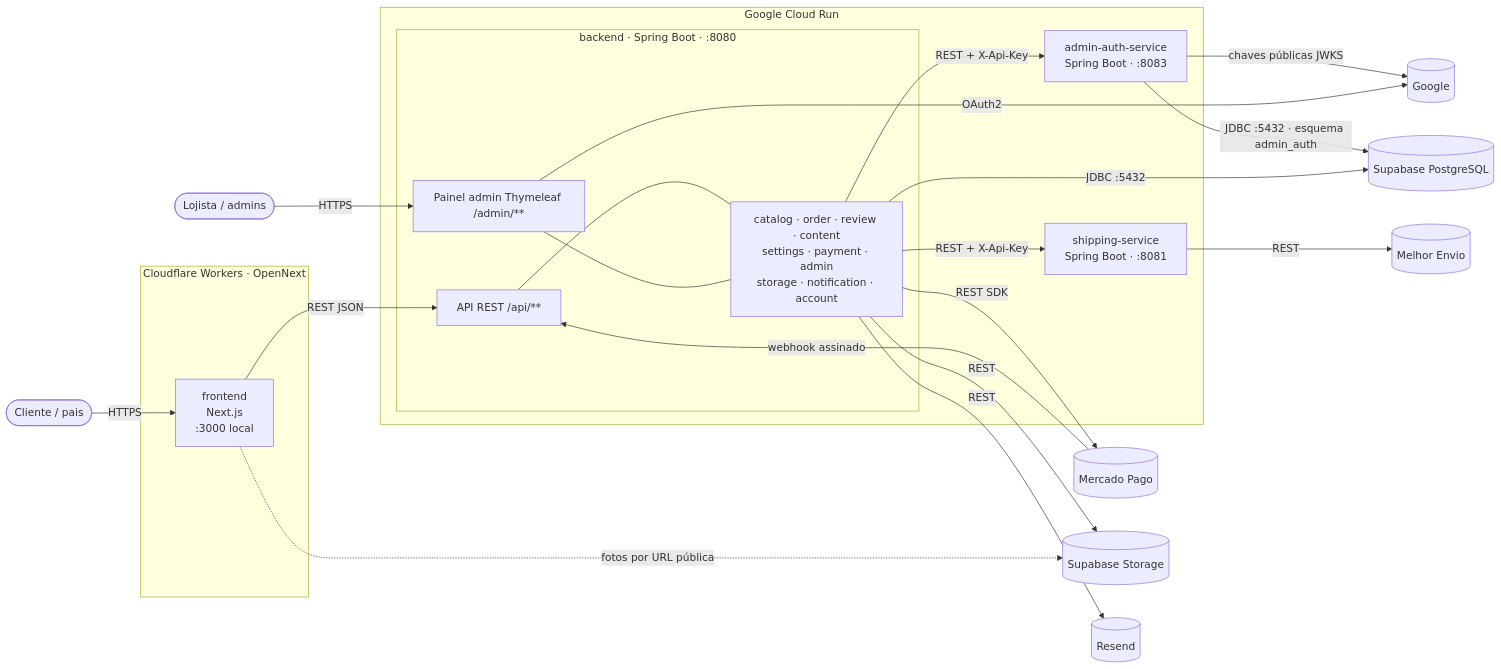
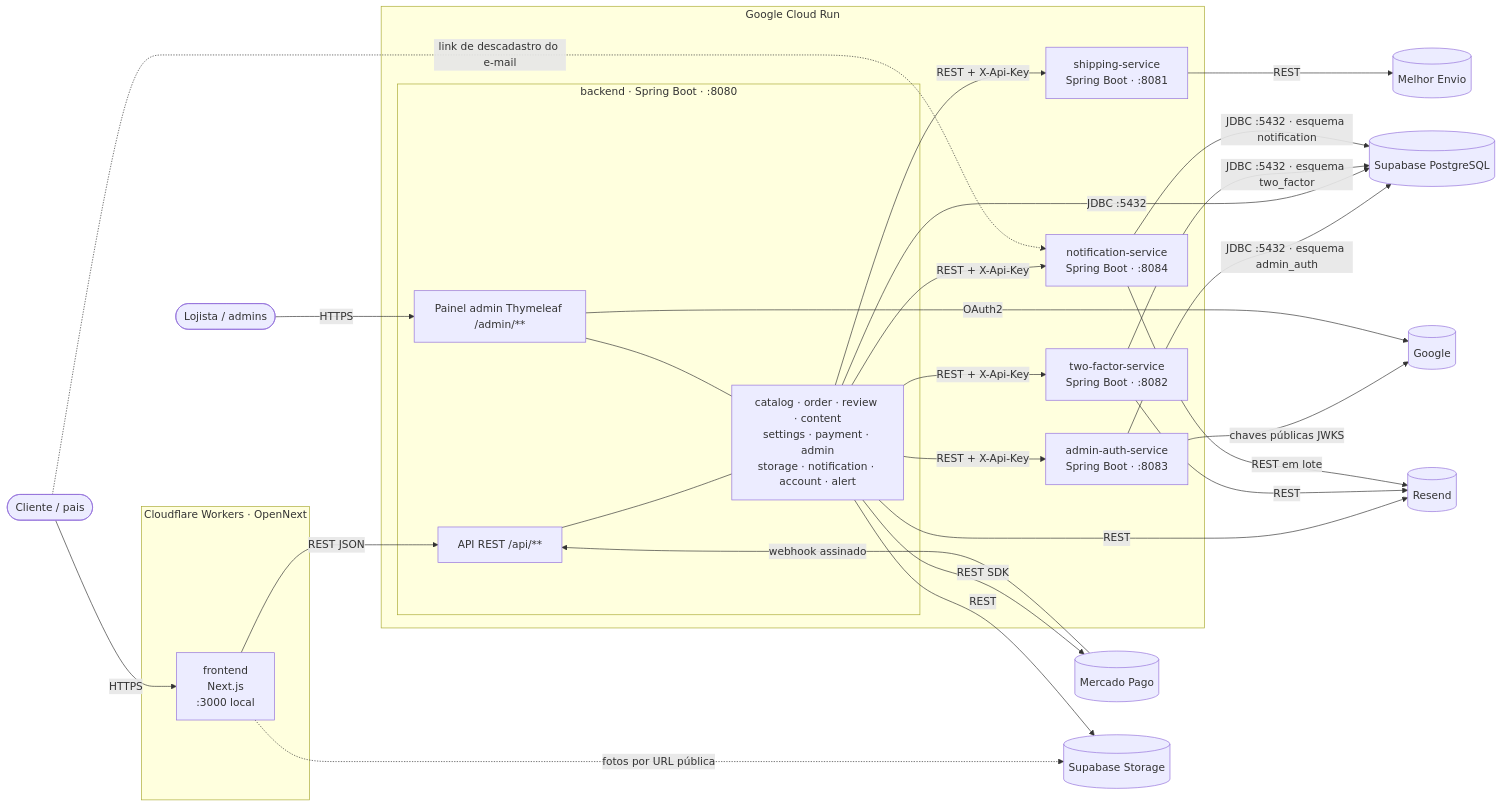
One commit to gabribaruelc/ASOBI changed the first of 11 diagrams in docs/arquitetura.md. Above: the diagram before and after it, drawn with Mermaid. The commit also changed other lines of this file and 116 other files, not shown here.

````diff
--- a/docs/arquitetura.md
+++ b/docs/arquitetura.md
@@ -183,35 +184,44 @@
 ```mermaid
 flowchart LR
     cliente([Cliente / pais]) -->|HTTPS| loja
     lojista([Lojista / admins]) -->|HTTPS| painel
 
     subgraph CF[Cloudflare Workers · OpenNext]
         loja[frontend<br/>Next.js<br/>:3000 local]
     end
 
     subgraph CR[Google Cloud Run]
         subgraph BE[backend · Spring Boot · :8080]
             api[API REST /api/**]
             painel[Painel admin Thymeleaf /admin/**]
-            mods[catalog · order · review · content<br/>settings · payment · admin<br/>storage · notification · account]
+            mods[catalog · order · review · content<br/>settings · payment · admin<br/>storage · notification · account · alert]
         end
         ship[shipping-service<br/>Spring Boot · :8081]
         auth[admin-auth-service<br/>Spring Boot · :8083]
+        twofa[two-factor-service<br/>Spring Boot · :8082]
+        notif[notification-service<br/>Spring Boot · :8084]
     end
 
     loja -->|REST JSON| api
     api --- mods
     painel --- mods
     mods -->|REST + X-Api-Key| ship
     ship -->|REST| ME[(Melhor Envio)]
     mods -->|REST + X-Api-Key| auth
     auth -->|JDBC :5432 · esquema admin_auth| DB
     auth -->|chaves públicas JWKS| G
     mods -->|JDBC :5432| DB[(Supabase PostgreSQL)]
     mods -->|REST SDK| MP[(Mercado Pago)]
     mods -->|REST| ST[(Supabase Storage)]
     mods -->|REST| RS[(Resend)]
     loja -.->|fotos por URL pública| ST
+    mods -->|REST + X-Api-Key| twofa
+    mods -->|REST + X-Api-Key| notif
+    twofa -->|JDBC :5432 · esquema two_factor| DB
+    twofa -->|REST| RS
+    notif -->|JDBC :5432 · esquema notification| DB
+    notif -->|REST em lote| RS
+    cliente -.->|link de descadastro do e-mail| notif
     MP -->|webhook assinado| api
     painel -->|OAuth2| G[(Google)]
 ```
````
